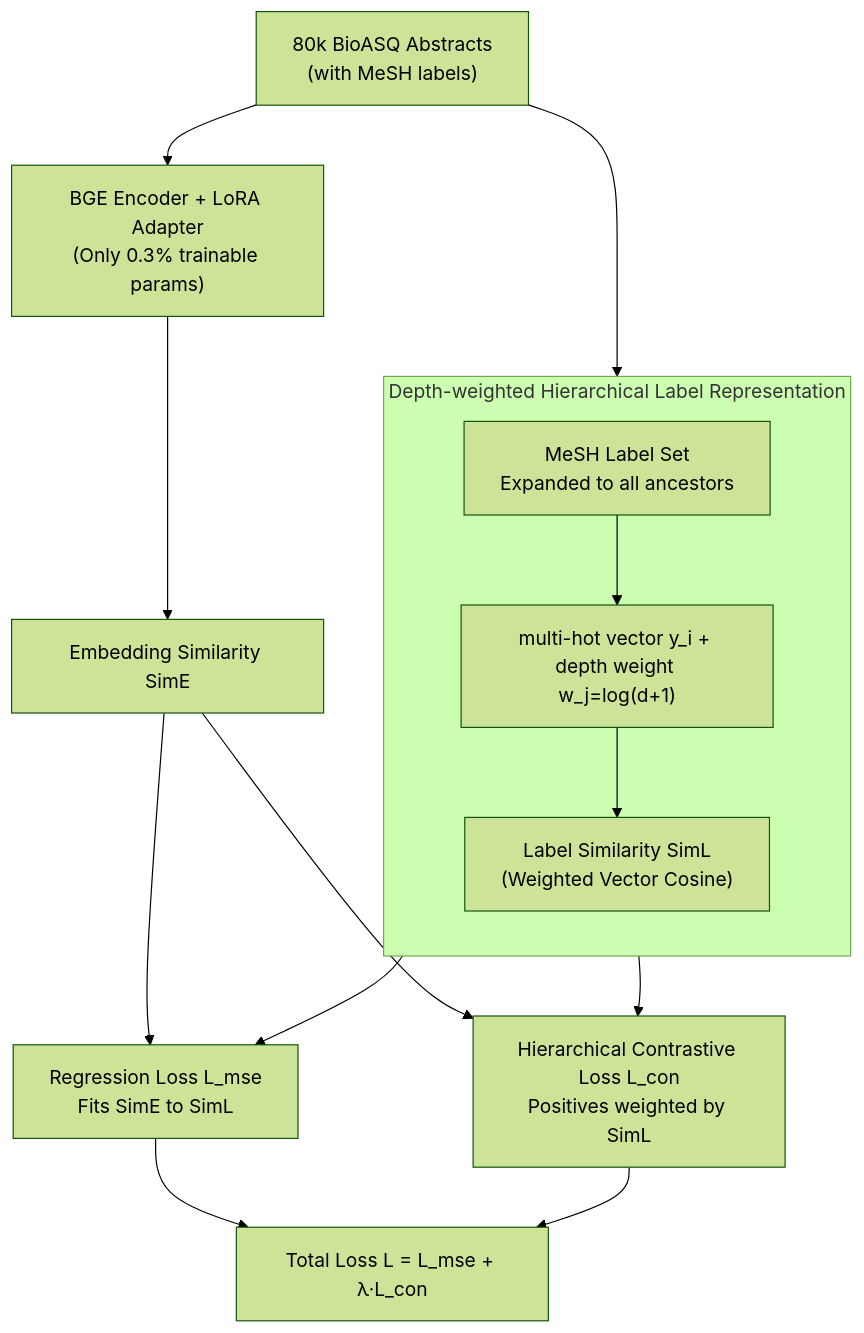
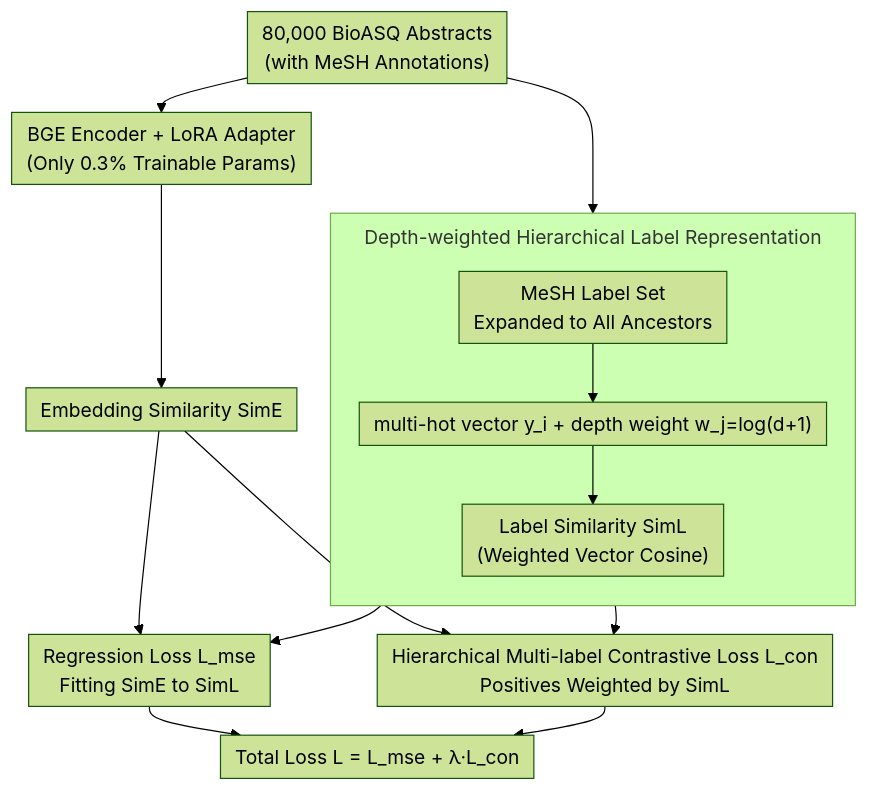
One commit to zhaoyang97/Paper-Notes-en changed the diagram in docs/ACL2026/medical_nlp/biohicl_hierarchical_multi-label_contrastive_learning_for_biomedical_retrieval_w.md. Above: the diagram before and after it, drawn with Mermaid (forest theme). The commit also changed other lines of this file and 5084 other files, not shown here.

````diff
--- a/docs/ACL2026/medical_nlp/biohicl_hierarchical_multi-label_contrastive_learning_for_biomedical_retrieval_w.md
+++ b/docs/ACL2026/medical_nlp/biohicl_hierarchical_multi-label_contrastive_learning_for_biomedical_retrieval_w.md
@@ -42,17 +42,18 @@
 ```mermaid
-graph TD
-    A["80k BioASQ Abstracts<br/>(with MeSH labels)"] --> B
+%%{init: {'flowchart': {'rankSpacing': 24, 'nodeSpacing': 28, 'padding': 6, 'wrappingWidth': 400, 'subGraphTitleMargin': {'top': 8, 'bottom': 16}}}}%%
+flowchart TD
+    A["80,000 BioASQ Abstracts<br/>(with MeSH Annotations)"] --> B
     A --> E
     subgraph LBL["Depth-weighted Hierarchical Label Representation"]
         direction TB
-        B["MeSH Label Set<br/>Expanded to all ancestors"] --> C["multi-hot vector y_i + depth weight w_j=log(d+1)"]
+        B["MeSH Label Set<br/>Expanded to All Ancestors"] --> C["multi-hot vector y_i + depth weight w_j=log(d+1)"]
         C --> D["Label Similarity SimL<br/>(Weighted Vector Cosine)"]
     end
-    E["BGE Encoder + LoRA Adapter<br/>(Only 0.3% trainable params)"] --> F["Embedding Similarity SimE"]
-    D --> G["Regression Loss L_mse<br/>Fits SimE to SimL"]
-    D --> H["Hierarchical Contrastive Loss L_con<br/>Positives weighted by SimL"]
+    E["BGE Encoder + LoRA Adapter<br/>(Only 0.3% Trainable Params)"] --> F["Embedding Similarity SimE"]
+    D --> G["Regression Loss L_mse<br/>Fitting SimE to SimL"]
+    D --> H["Hierarchical Multi-label Contrastive Loss L_con<br/>Positives Weighted by SimL"]
     F --> G
     F --> H
     G --> I["Total Loss L = L_mse + λ·L_con"]
     H --> I
 ```
````
